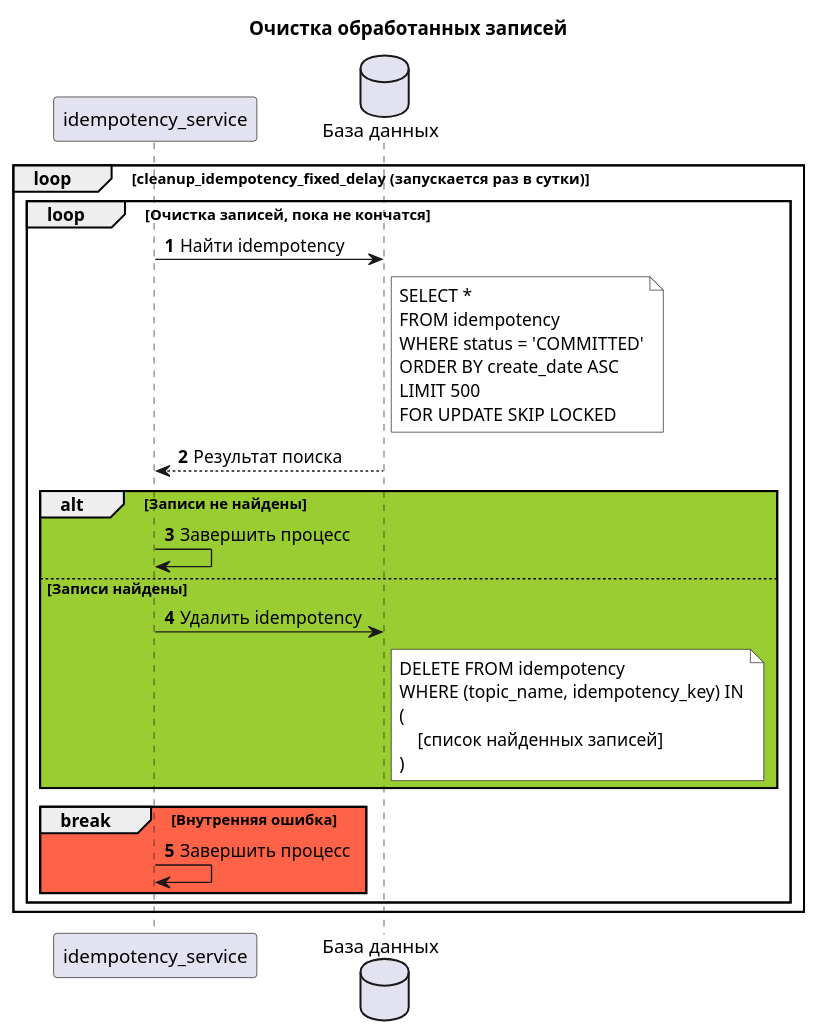
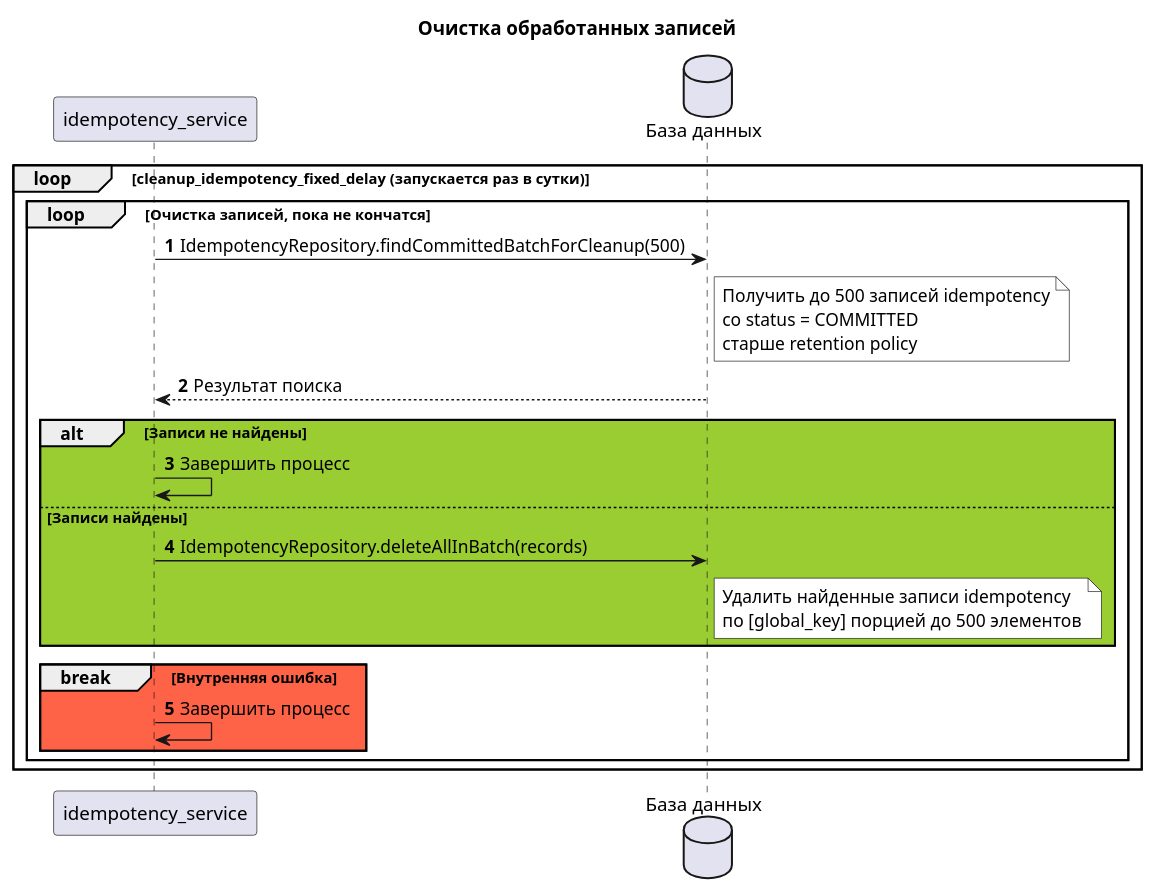
Before and after one commit to idempotence-service/core: the diagram in architecture/5.puml, drawn with PlantUML. The commit also changed 8 other files, not shown here.

```diff
--- a/architecture/5.puml
+++ b/architecture/5.puml
@@ -1,44 +1,38 @@
 @startuml
 title Очистка обработанных записей
 
 autonumber
 
 participant "idempotency_service" as IdemService
 database "База данных" as DB
 
 loop cleanup_idempotency_fixed_delay (запускается раз в сутки)
 
     loop Очистка записей, пока не кончатся
 
-        IdemService -> DB : Найти idempotency
+        IdemService -> DB : IdempotencyRepository.findCommittedBatchForCleanup(500)
         note right of DB #FFFFFF
-            SELECT *
-            FROM idempotency
-            WHERE status = 'COMMITTED'
-            ORDER BY create_date ASC
-            LIMIT 500
-            FOR UPDATE SKIP LOCKED
+            Получить до 500 записей idempotency
+            со status = COMMITTED
+            старше retention policy
         end note
 
         DB --> IdemService : Результат поиска
 
         alt #yellowgreen Записи не найдены
             IdemService -> IdemService : Завершить процесс
 
         else #yellowgreen Записи найдены
-            IdemService -> DB : Удалить idempotency
+            IdemService -> DB : IdempotencyRepository.deleteAllInBatch(records)
             note right of DB #FFFFFF
-                DELETE FROM idempotency
-                WHERE (topic_name, idempotency_key) IN
-                (
-                    [список найденных записей]
-                )
+                Удалить найденные записи idempotency
+                по [global_key] порцией до 500 элементов
             end note
         end
         break #tomato Внутренняя ошибка
             IdemService -> IdemService : Завершить процесс
         end
     end
 
 end
 @enduml
```
